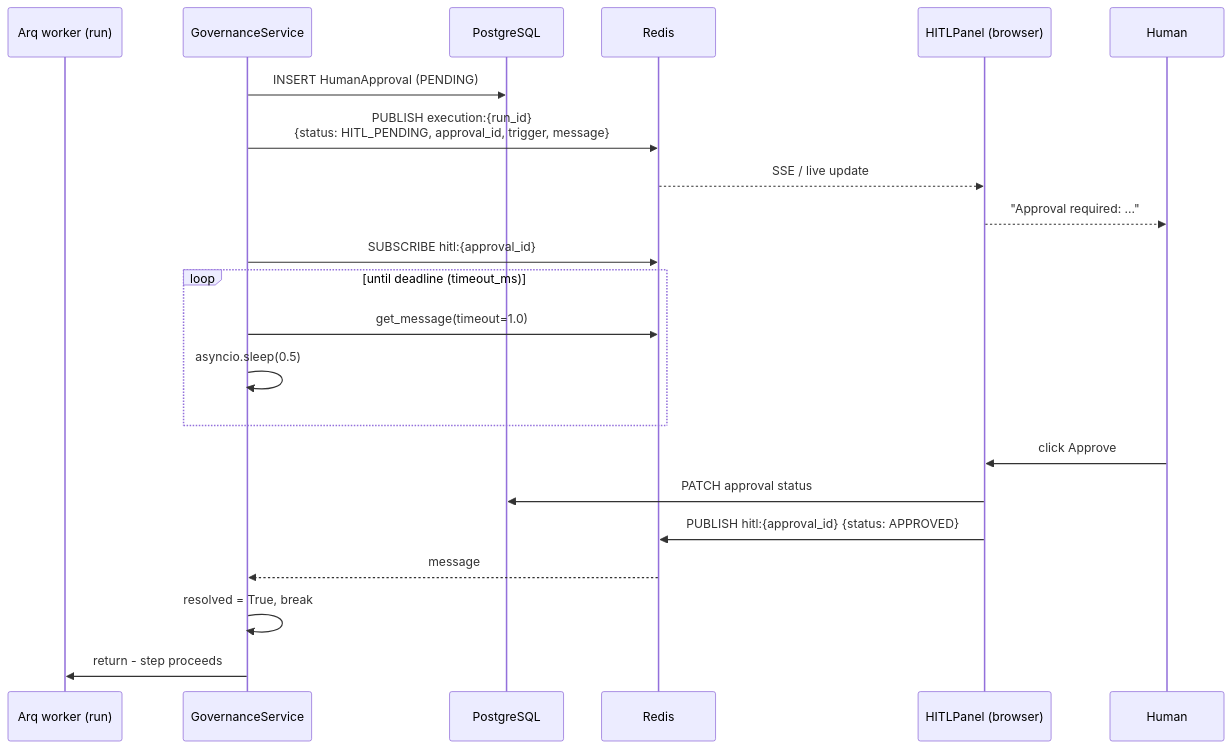
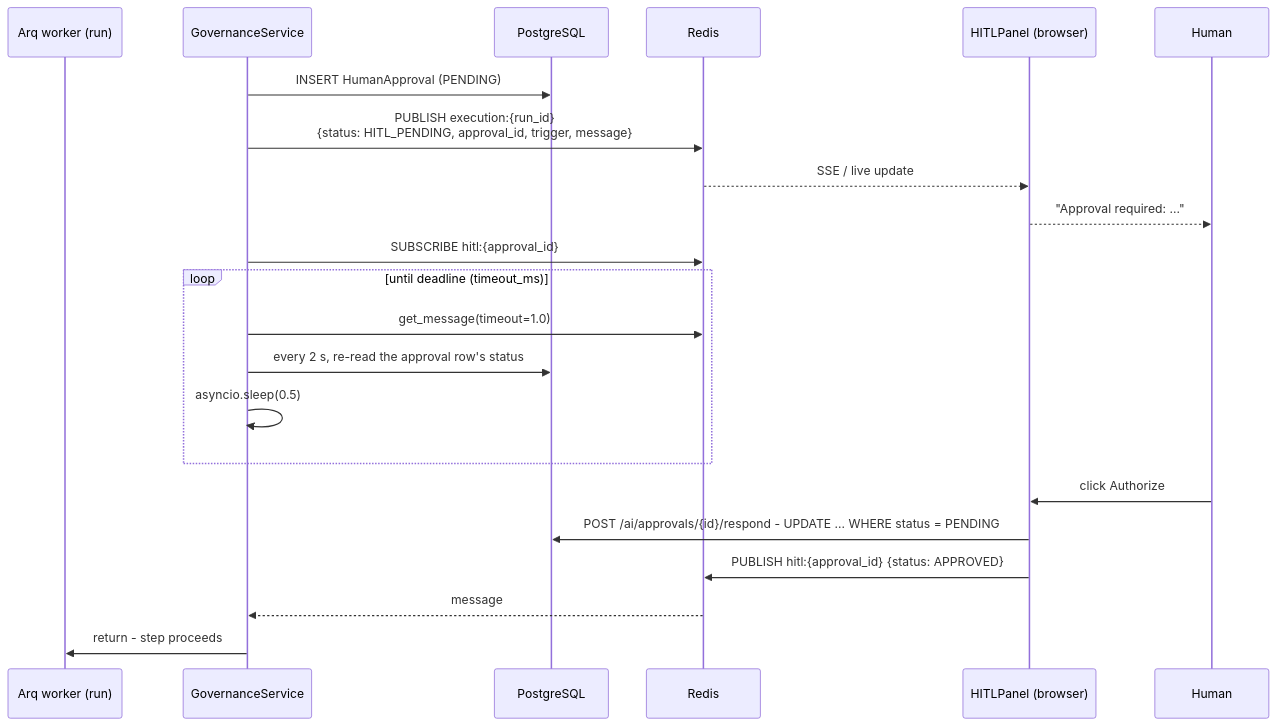
Before and after one commit to gondolerahul/hire-buddha-app: the ninth of 16 diagrams in docs/current/15-governance-and-hitl.md, drawn with Mermaid. The commit also changed other lines of this file and 12 other files, not shown here.

````diff
--- a/docs/current/15-governance-and-hitl.md
+++ b/docs/current/15-governance-and-hitl.md
@@ -551,27 +551,27 @@
 ```mermaid
 sequenceDiagram
     participant W as Arq worker (run)
     participant G as GovernanceService
     participant DB as PostgreSQL
     participant R as Redis
     participant UI as HITLPanel (browser)
     participant H as Human
 
     G->>DB: INSERT HumanApproval (PENDING)
     G->>R: PUBLISH execution:{run_id}<br/>{status: HITL_PENDING, approval_id, trigger, message}
     R-->>UI: SSE / live update
     UI-->>H: "Approval required: ..."
 
     G->>R: SUBSCRIBE hitl:{approval_id}
     loop until deadline (timeout_ms)
         G->>R: get_message(timeout=1.0)
+        G->>DB: every 2 s, re-read the approval row's status
         G->>G: asyncio.sleep(0.5)
     end
 
-    H->>UI: click Approve
-    UI->>DB: PATCH approval status
+    H->>UI: click Authorize
+    UI->>DB: POST /ai/approvals/{id}/respond - UPDATE ... WHERE status = PENDING
     UI->>R: PUBLISH hitl:{approval_id} {status: APPROVED}
     R-->>G: message
-    G->>G: resolved = True, break
     G->>W: return - step proceeds
 ```
````
